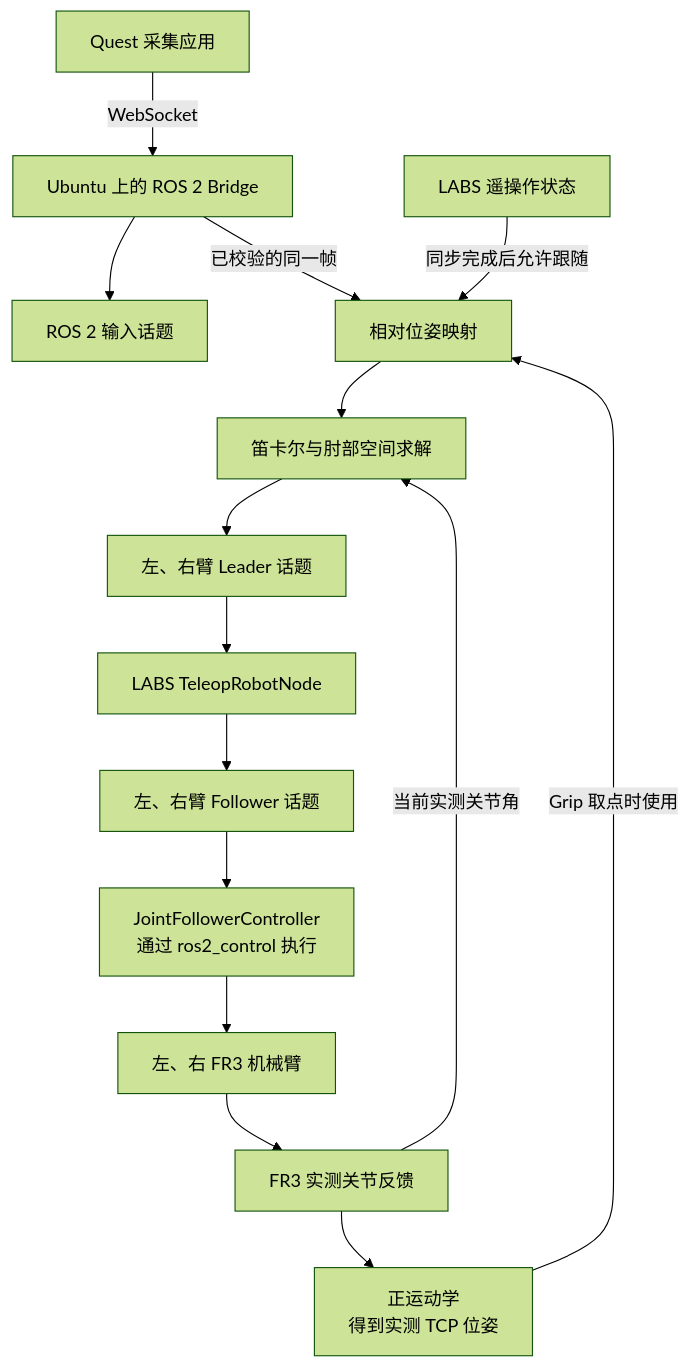
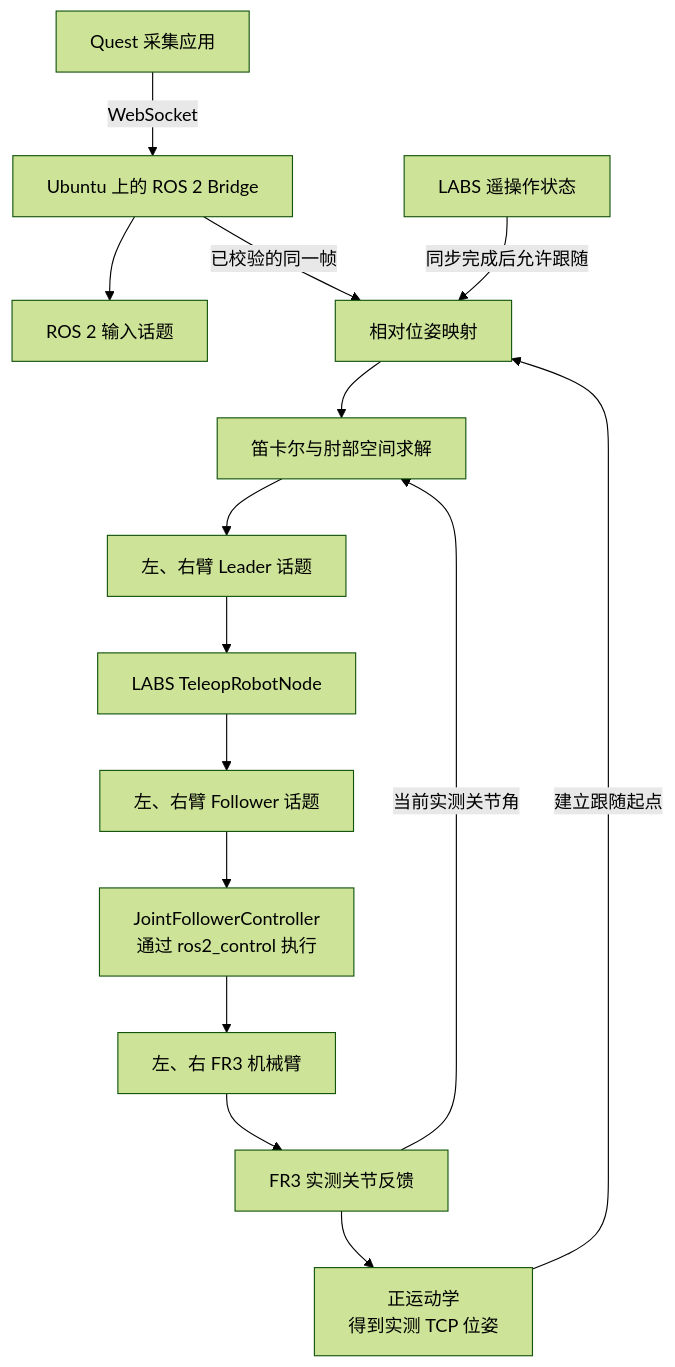
Before and after one commit to YYxzz8866/Quest-Proposal: the first of 2 diagrams in 1、整体架构及开发范围.md, drawn with Mermaid (forest theme). The commit also changed other lines of this file and 7 other files, not shown here.

````diff
--- a/1、整体架构及开发范围.md
+++ b/1、整体架构及开发范围.md
@@ -49,31 +49,31 @@
 ```mermaid
 flowchart TD
     Quest["Quest 采集应用"]
     Bridge["Ubuntu 上的 ROS 2 Bridge"]
     Observe["ROS 2 输入话题"]
     State["LABS 遥操作状态"]
     Follow["相对位姿映射"]
     Solve["笛卡尔与肘部空间求解"]
     Leader["左、右臂 Leader 话题"]
     Relay["LABS TeleopRobotNode"]
     Follower["左、右臂 Follower 话题"]
     Controller["JointFollowerController<br/>通过 ros2_control 执行"]
     Robot["左、右 FR3 机械臂"]
     Feedback["FR3 实测关节反馈"]
     FK["正运动学<br/>得到实测 TCP 位姿"]
 
     Quest -->|WebSocket| Bridge
     Bridge --> Observe
     Bridge -->|已校验的同一帧| Follow
     State -->|同步完成后允许跟随| Follow
     Follow --> Solve
     Solve --> Leader
     Leader --> Relay
     Relay --> Follower
     Follower --> Controller
     Controller --> Robot
     Robot --> Feedback
     Feedback -->|当前实测关节角| Solve
     Feedback --> FK
-    FK -->|Grip 取点时使用| Follow
+    FK -->|建立跟随起点| Follow
 ```
````
